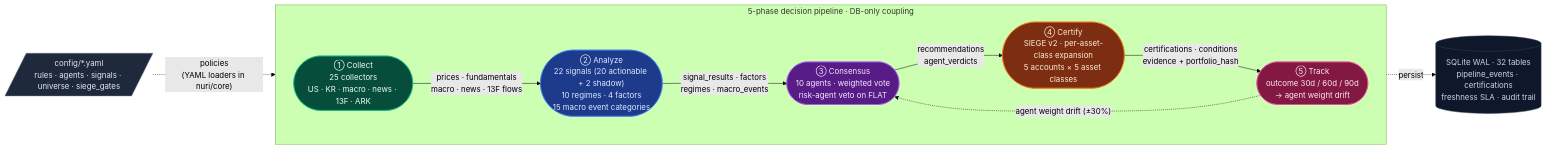
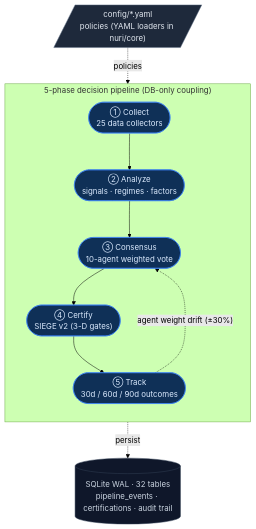
Before and after one commit to researcherhojin/nuri-quant: the diagram in README.md, drawn with Mermaid (forest theme). The commit also changed other lines of this file, not shown here.

First line of the commit message:
docs(readme): rigorous full refactor — Architecture diagram + Dashboard + tests + docs (#488)

````diff
--- a/README.md
+++ b/README.md
@@ -17,32 +17,25 @@
 ```mermaid
-flowchart LR
-    CFG[/"config/*.yaml<br/>rules · agents · signals · universe · siege_gates"/]:::config
+flowchart TB
+    CFG[/"config/*.yaml<br/>policies (YAML loaders in nuri/core)"/]:::source
 
-    subgraph Pipeline["5-phase decision pipeline · DB-only coupling"]
-        direction LR
-        A(["① Collect<br/>25 collectors<br/>US · KR · macro · news · 13F · ARK"]):::collect
-        B(["② Analyze<br/>22 signals (20 actionable + 2 shadow)<br/>10 regimes · 4 factors<br/>15 macro event categories"]):::analyze
-        C(["③ Consensus<br/>10 agents · weighted vote<br/>risk-agent veto on FLAT"]):::consensus
-        D(["④ Certify<br/>SIEGE v2 · per-asset-class expansion<br/>5 accounts × 5 asset classes"]):::certify
-        E(["⑤ Track<br/>outcome 30d / 60d / 90d<br/>→ agent weight drift"]):::track
+    subgraph Pipeline["5-phase decision pipeline (DB-only coupling)"]
+        direction TB
+        A(["① Collect<br/>25 data collectors"]):::pipe
+        B(["② Analyze<br/>signals · regimes · factors"]):::pipe
+        C(["③ Consensus<br/>10-agent weighted vote"]):::pipe
+        D(["④ Certify<br/>SIEGE v2 (3-D gates)"]):::pipe
+        E(["⑤ Track<br/>30d / 60d / 90d outcomes"]):::pipe
 
-        A -- "prices · fundamentals<br/>macro · news · 13F flows" --> B
-        B -- "signal_results · factors<br/>regimes · macro_events" --> C
-        C -- "recommendations<br/>agent_verdicts" --> D
-        D -- "certifications · conditions<br/>evidence + portfolio_hash" --> E
+        A --> B --> C --> D --> E
         E -. "agent weight drift (±30%)" .-> C
     end
 
-    DB[("SQLite WAL · 32 tables<br/>pipeline_events · certifications<br/>freshness SLA · audit trail")]:::db
+    DB[("SQLite WAL · 32 tables<br/>pipeline_events · certifications · audit trail")]:::sink
 
-    CFG -. "policies<br/>(YAML loaders in nuri/core)" .-> Pipeline
+    CFG -. policies .-> Pipeline
     Pipeline -. persist .-> DB
 
-    classDef config fill:#1e293b,stroke:#64748b,color:#e2e8f0
-    classDef collect fill:#064e3b,stroke:#10b981,color:#ecfdf5
-    classDef analyze fill:#1e3a8a,stroke:#3b82f6,color:#dbeafe
-    classDef consensus fill:#581c87,stroke:#a855f7,color:#f3e8ff
-    classDef certify fill:#7c2d12,stroke:#f97316,color:#ffedd5
-    classDef track fill:#831843,stroke:#ec4899,color:#fce7f3
-    classDef db fill:#0f172a,stroke:#334155,color:#cbd5e1
+    classDef source fill:#1e293b,stroke:#64748b,color:#e2e8f0
+    classDef pipe   fill:#0f3057,stroke:#3b82f6,color:#dbeafe
+    classDef sink   fill:#0f172a,stroke:#334155,color:#cbd5e1
 ```
````
